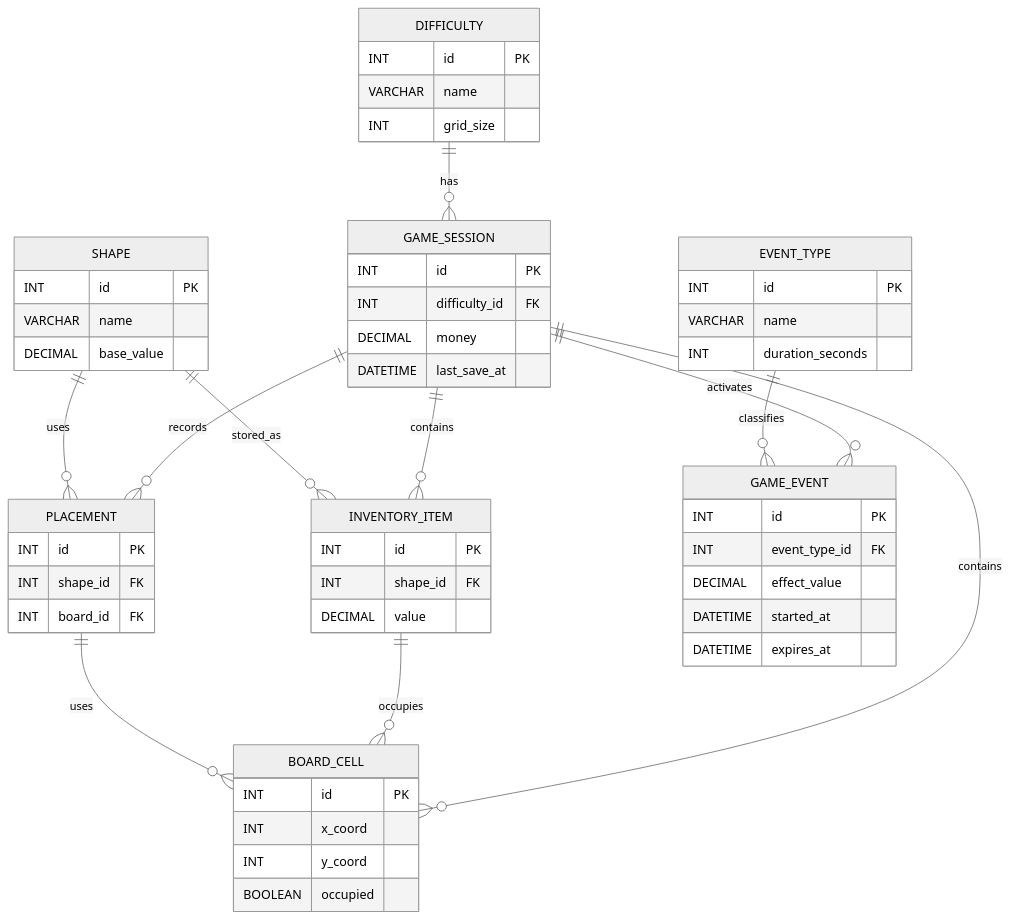
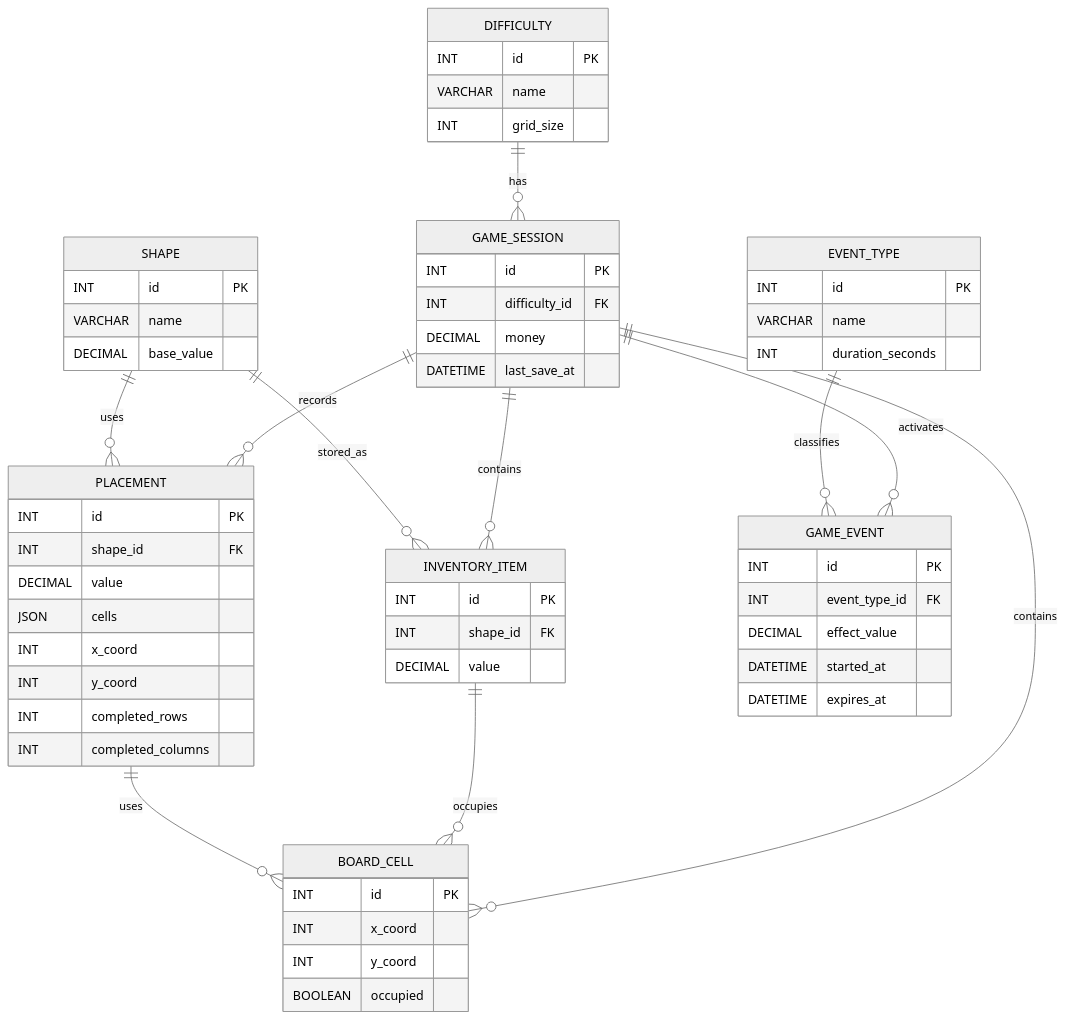
The diagram in Documentations/SQL_Diagram.md (Andris07/idle_game_school_project), drawn with Mermaid (neutral theme) before and after one commit.

Commit message:
minor: database changes in placement

````diff
--- a/Documentations/SQL_Diagram.md
+++ b/Documentations/SQL_Diagram.md
@@ -3,72 +3,77 @@
 ```mermaid
 erDiagram
 
     DIFFICULTY ||--o{ GAME_SESSION : has
 
     GAME_SESSION ||--o{ INVENTORY_ITEM : contains
     SHAPE ||--o{ INVENTORY_ITEM : stored_as
 
     GAME_SESSION ||--o{ BOARD_CELL : contains
     INVENTORY_ITEM ||--o{ BOARD_CELL : occupies
 
     GAME_SESSION ||--o{ PLACEMENT : records
     SHAPE ||--o{ PLACEMENT : uses
     PLACEMENT ||--o{ BOARD_CELL : uses
 
     GAME_SESSION ||--o{ GAME_EVENT : activates
     EVENT_TYPE ||--o{ GAME_EVENT : classifies
 
 
     DIFFICULTY {
         INT id PK
         VARCHAR name
         INT grid_size
     }
 
     GAME_SESSION {
         INT id PK
         INT difficulty_id FK
         DECIMAL money
         DATETIME last_save_at
     }
 
     SHAPE {
         INT id PK
         VARCHAR name
         DECIMAL base_value
     }
 
     INVENTORY_ITEM {
         INT id PK
         INT shape_id FK
         DECIMAL value
     }
 
     BOARD_CELL {
         INT id PK
         INT x_coord
         INT y_coord
         BOOLEAN occupied
     }
 
     PLACEMENT {
         INT id PK
         INT shape_id FK
-        INT board_id FK
+        DECIMAL value
+        JSON cells
+        INT x_coord
+        INT y_coord
+        INT completed_rows
+        INT completed_columns
     }
 
     EVENT_TYPE {
         INT id PK
         VARCHAR name
         INT duration_seconds
     }
 
     GAME_EVENT {
         INT id PK
         INT event_type_id FK
         DECIMAL effect_value
         DATETIME started_at
         DATETIME expires_at
     }
 
 ```
````
